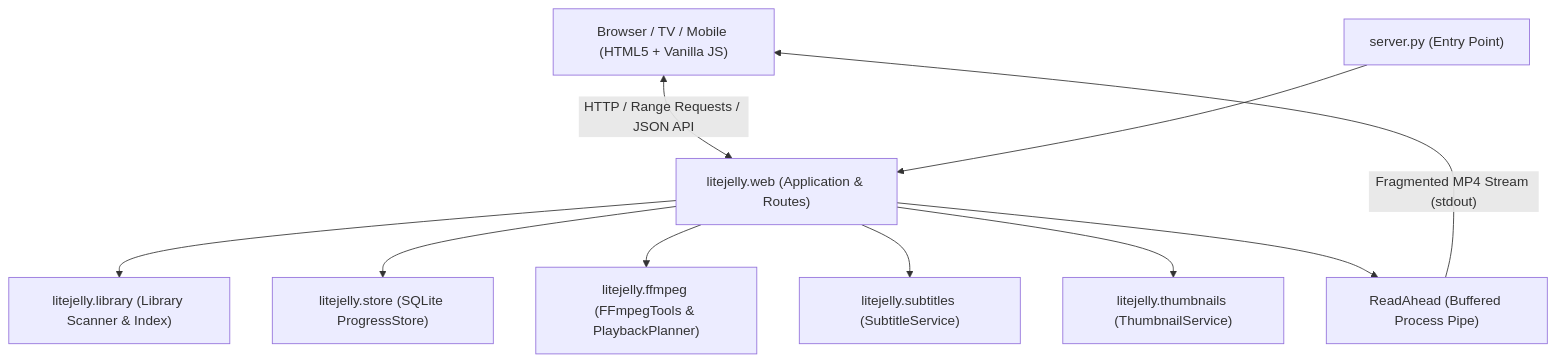
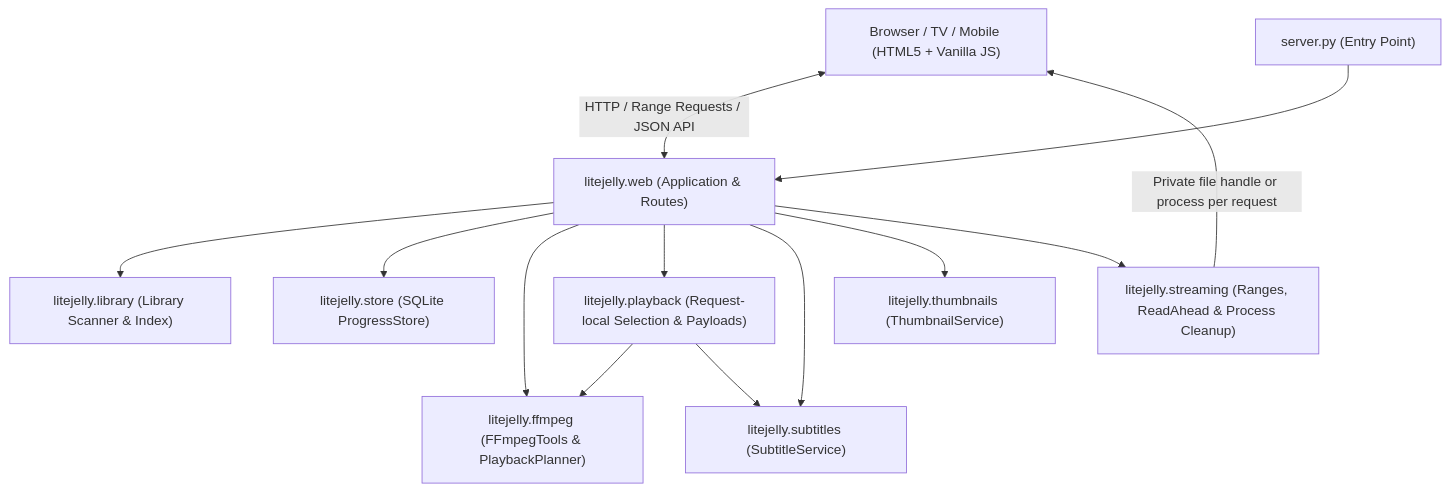
One commit to surajb2000/LiteJelly changed the diagram in README.md. Above: the diagram before and after it, drawn with Mermaid. The commit also changed other lines of this file and 1 other file, not shown here.

First line of the commit message:
Document playback ownership and operating limits

````diff
--- a/README.md
+++ b/README.md
@@ -22,22 +22,26 @@
 ```mermaid
 graph TD
     Client["Browser / TV / Mobile (HTML5 + Vanilla JS)"]
     Server["server.py (Entry Point)"]
     Web["litejelly.web (Application & Routes)"]
+    Playback["litejelly.playback (Request-local Selection & Payloads)"]
     Lib["litejelly.library (Library Scanner & Index)"]
     Store["litejelly.store (SQLite ProgressStore)"]
     FFmpeg["litejelly.ffmpeg (FFmpegTools & PlaybackPlanner)"]
     Subs["litejelly.subtitles (SubtitleService)"]
     Thumbs["litejelly.thumbnails (ThumbnailService)"]
-    Buffer["ReadAhead (Buffered Process Pipe)"]
+    Transport["litejelly.streaming (Ranges, ReadAhead & Process Cleanup)"]
 
     Client <-->|"HTTP / Range Requests / JSON API"| Web
     Server --> Web
     Web --> Lib
     Web --> Store
     Web --> FFmpeg
+    Web --> Playback
+    Playback --> FFmpeg
+    Playback --> Subs
     Web --> Subs
     Web --> Thumbs
-    Web --> Buffer
-    Buffer -->|"Fragmented MP4 Stream (stdout)"| Client
+    Web --> Transport
+    Transport -->|"Private file handle or process per request"| Client
 ```
````
